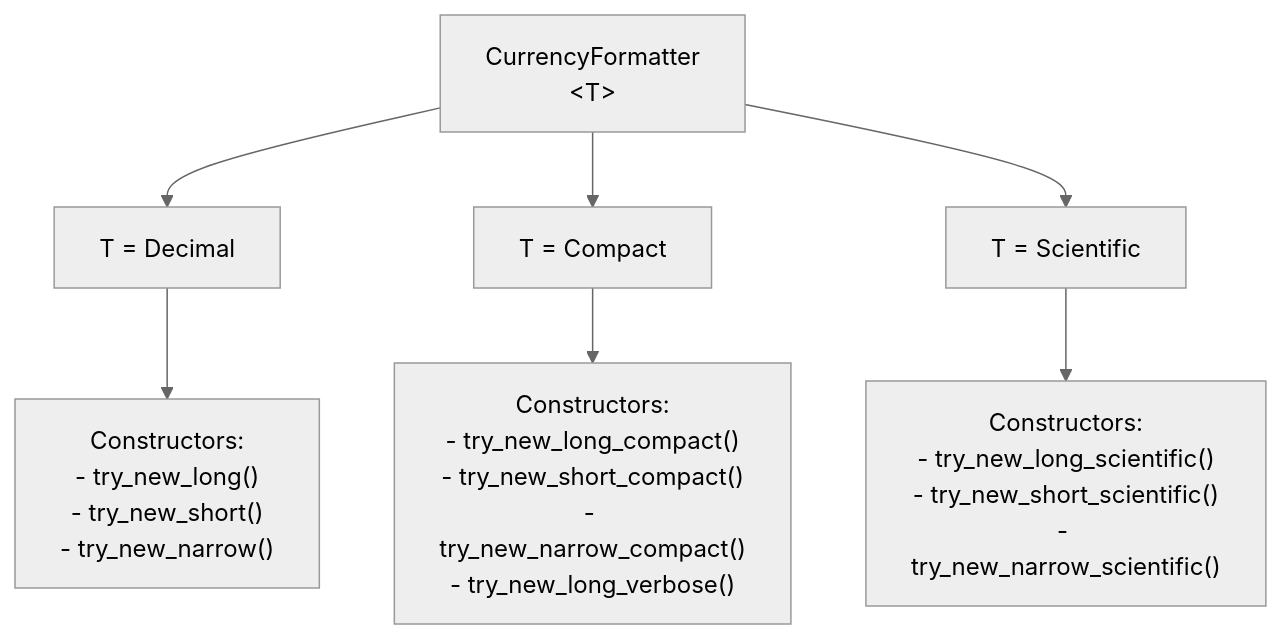
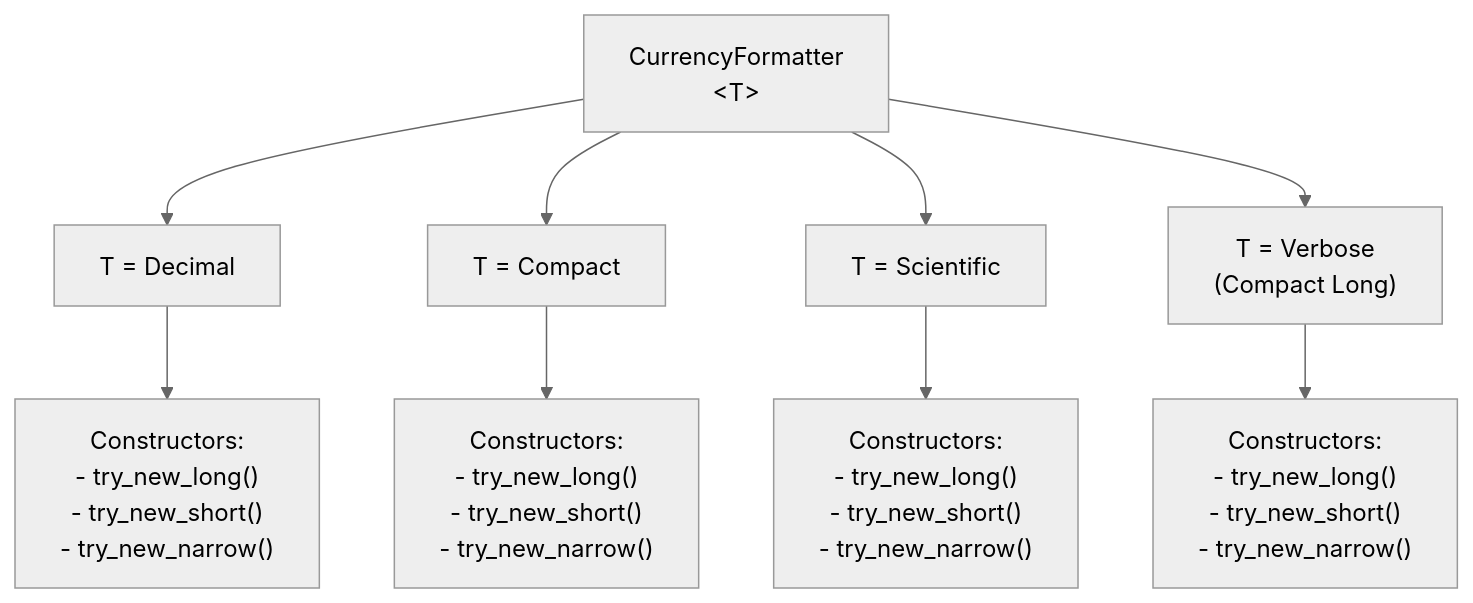
One commit to younies/design_docs changed the second of 3 diagrams in icu4x/number_formatter.md. Above: the diagram before and after it, drawn with Mermaid (neutral theme). The commit also changed other lines of this file, not shown here.

````diff
--- a/icu4x/number_formatter.md
+++ b/icu4x/number_formatter.md
@@ -42,10 +42,12 @@
 ```mermaid
 graph TD
     CF["CurrencyFormatter<br/>&lt;T&gt;"] --> Dec["T = Decimal"]
     CF --> Comp["T = Compact"]
     CF --> Sci["T = Scientific"]
+    CF --> Verb["T = Verbose<br/>(Compact Long)"]
 
     Dec --> DecCons["Constructors:<br>- try_new_long()<br>- try_new_short()<br>- try_new_narrow()"]
-    Comp --> CompCons["Constructors:<br>- try_new_long_compact()<br>- try_new_short_compact()<br>- try_new_narrow_compact()<br>- try_new_long_verbose()"]
-    Sci --> SciCons["Constructors:<br>- try_new_long_scientific()<br>- try_new_short_scientific()<br>- try_new_narrow_scientific()"]
+    Comp --> CompCons["Constructors:<br>- try_new_long()<br>- try_new_short()<br>- try_new_narrow()"]
+    Sci --> SciCons["Constructors:<br>- try_new_long()<br>- try_new_short()<br>- try_new_narrow()"]
+    Verb --> VerbCons["Constructors:<br>- try_new_long()<br>- try_new_short()<br>- try_new_narrow()"]
 ```
````
